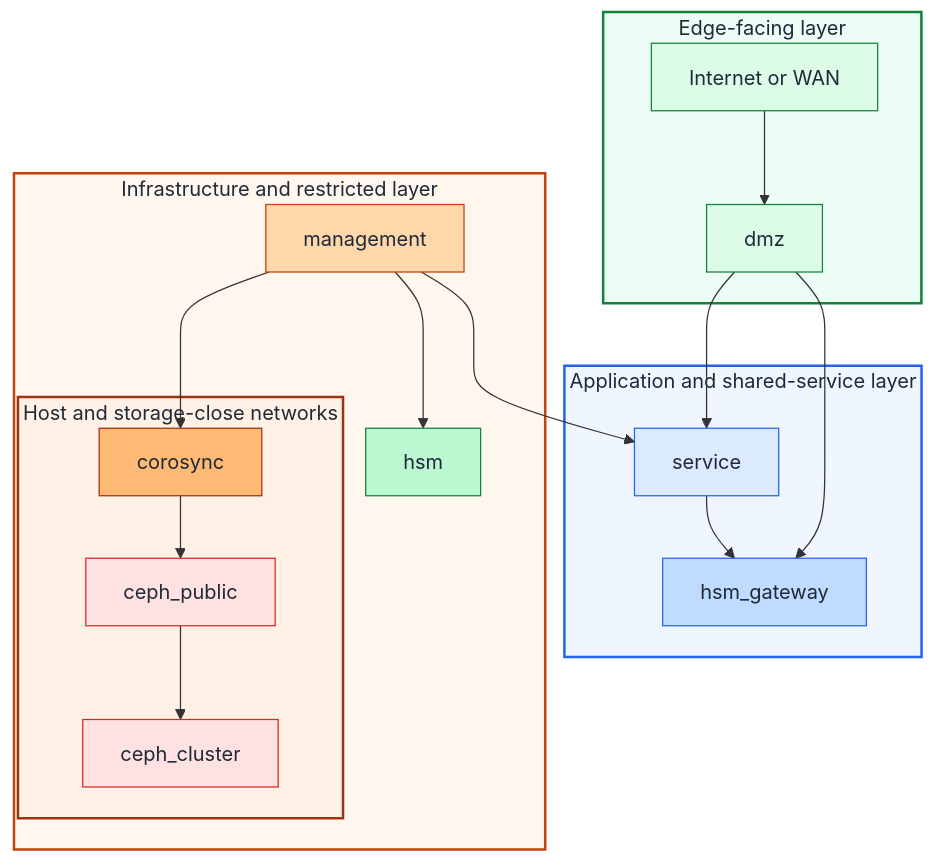
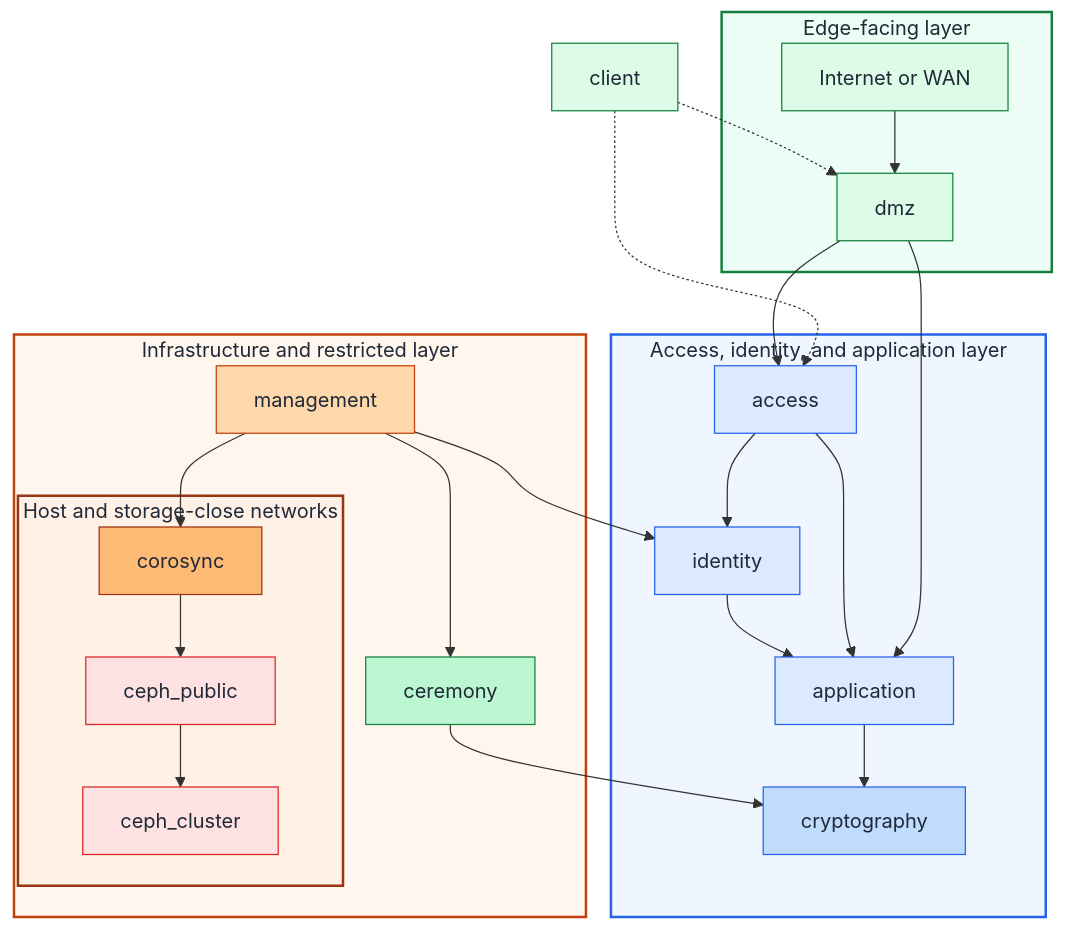
Before and after one commit to Rexus/homelab: the diagram in docs/architecture/network-zones-and-iac-mapping.md, drawn with Mermaid. The commit also changed other lines of this file and 34 other files, not shown here.

````diff
--- a/docs/architecture/network-zones-and-iac-mapping.md
+++ b/docs/architecture/network-zones-and-iac-mapping.md
@@ -33,55 +33,65 @@
 ```mermaid
 flowchart TB
+  Client[client]
+
   subgraph Edge["Edge-facing layer"]
     Internet[Internet or WAN]
     DMZ[dmz]
     Internet --> DMZ
   end
 
-  subgraph App["Application and shared-service layer"]
-    Service[service]
-    HSMGateway[hsm_gateway]
+  subgraph App["Access, identity, and application layer"]
+    Access[access]
+    Identity[identity]
+    Application[application]
+    Cryptography[cryptography]
   end
 
   subgraph Infra["Infrastructure and restricted layer"]
     Mgmt[management]
-    HSM[hsm]
+    Ceremony[ceremony]
 
     subgraph Fabric["Host and storage-close networks"]
       Corosync[corosync]
       CephPublic[ceph_public]
       CephCluster[ceph_cluster]
     end
 
     Mgmt --> Corosync
     Corosync --> CephPublic
     CephPublic --> CephCluster
   end
 
-  DMZ --> Service
-  DMZ --> HSMGateway
-  Mgmt --> Service
-  Service --> HSMGateway
-  Mgmt --> HSM
+  Client -.-> DMZ
+  Client -.-> Access
+  DMZ --> Access
+  DMZ --> Application
+  Access --> Identity
+  Access --> Application
+  Identity --> Application
+  Application --> Cryptography
+  Mgmt --> Identity
+  Mgmt --> Ceremony
+  Ceremony --> Cryptography
 
   style Edge fill:#ecfdf5,stroke:#15803d,stroke-width:2px,color:#1f2937
   style App fill:#eff6ff,stroke:#2563eb,stroke-width:2px,color:#1f2937
   style Infra fill:#fff7ed,stroke:#c2410c,stroke-width:2px,color:#1f2937
   style Fabric fill:#fff1e6,stroke:#9a3412,stroke-width:2px,color:#1f2937
 
   classDef edgeNode fill:#dcfce7,stroke:#15803d,color:#1f2937
   classDef appNode fill:#dbeafe,stroke:#2563eb,color:#1f2937
   classDef gatewayNode fill:#bfdbfe,stroke:#2563eb,color:#1f2937
   classDef mgmtNode fill:#fed7aa,stroke:#c2410c,color:#1f2937
   classDef proxmoxNode fill:#fdba74,stroke:#9a3412,color:#1f2937
   classDef hsmNode fill:#bbf7d0,stroke:#15803d,color:#1f2937
   classDef cephNode fill:#fee2e2,stroke:#dc2626,color:#1f2937
 
-  class Internet,DMZ edgeNode
-  class Service appNode
-  class HSMGateway gatewayNode
+  class Client,Internet,DMZ edgeNode
+  class Access,Identity,Application appNode
+  class Cryptography gatewayNode
   class Mgmt mgmtNode
   class Corosync proxmoxNode
-  class HSM hsmNode
+  class Ceremony hsmNode
   class CephPublic,CephCluster cephNode
 ```
````
